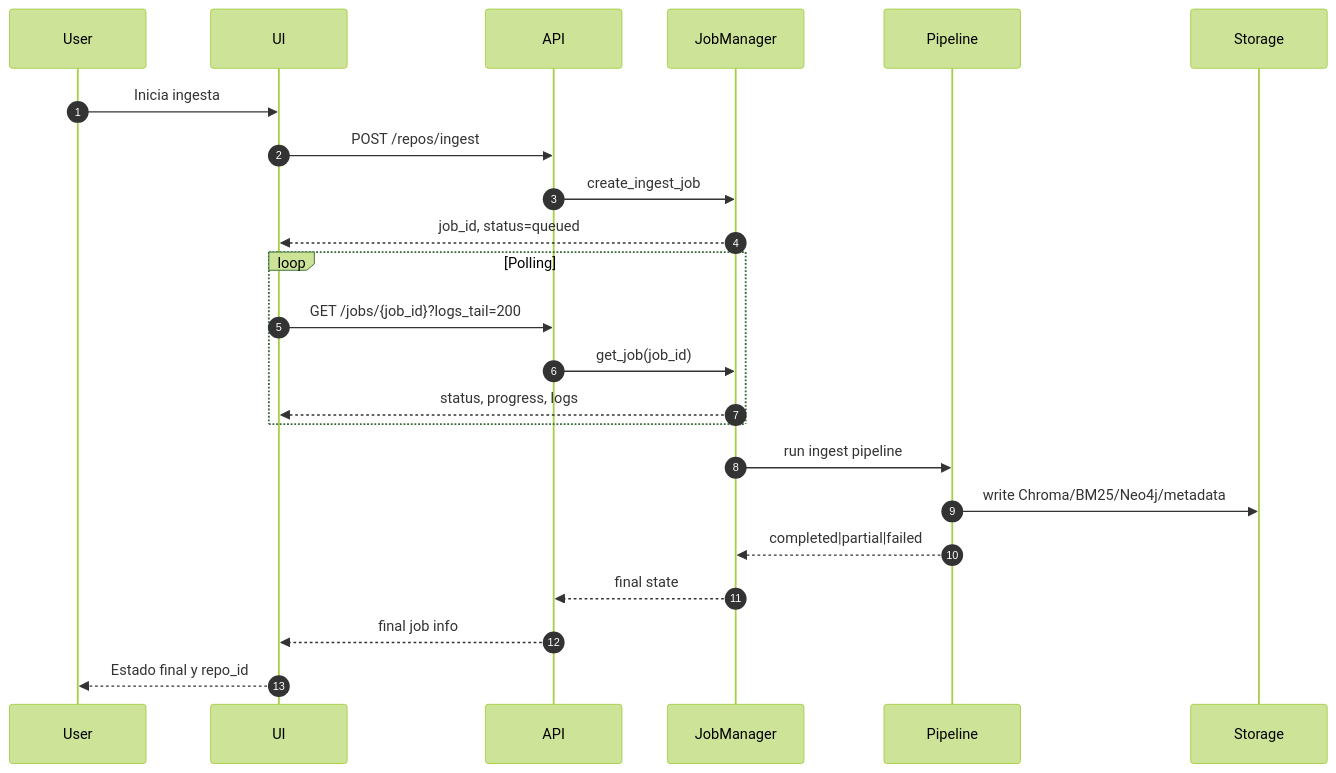
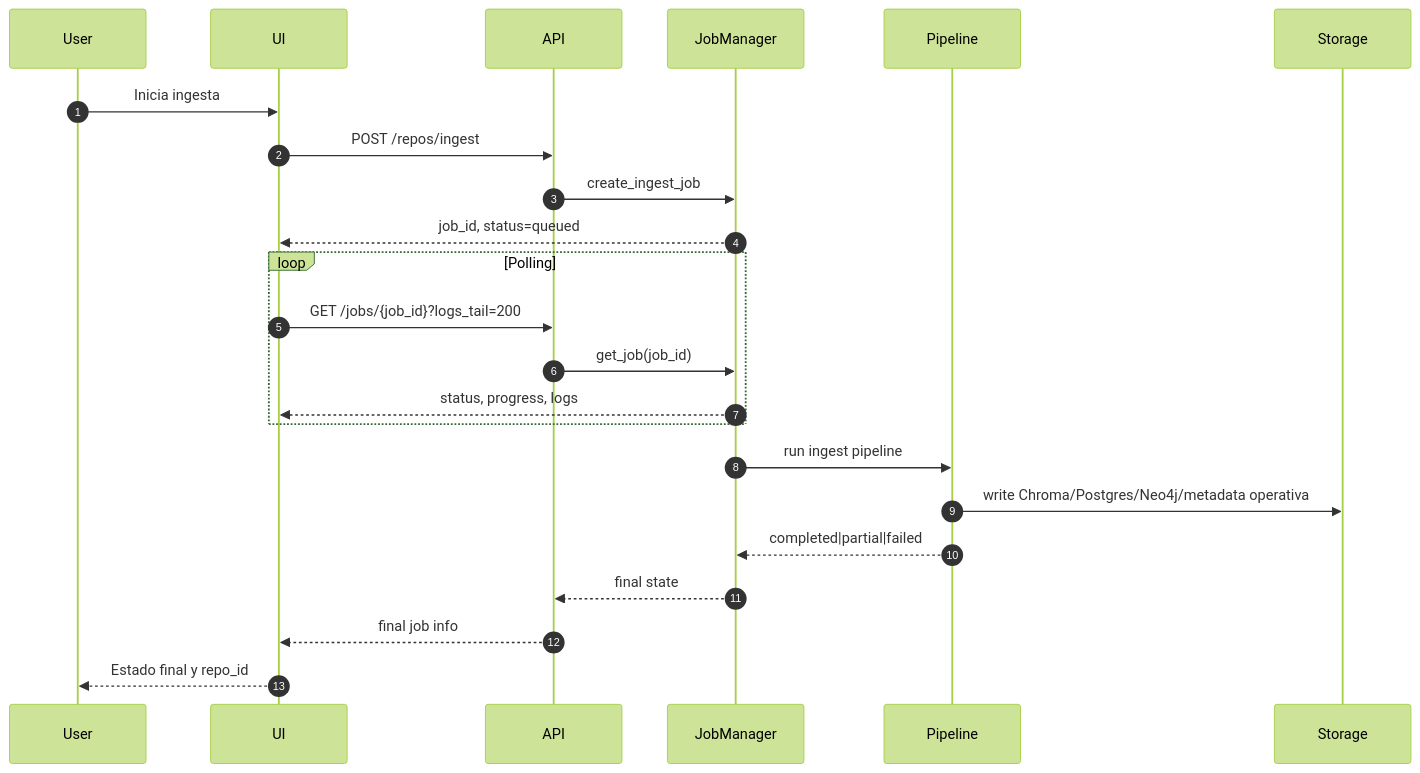
Before and after one commit to gherrerz/KDB-RAG-Repo: the sixth of 10 diagrams in docs/ARCHITECTURE.md, drawn with Mermaid (forest theme). The commit also changed other lines of this file and 11 other files, not shown here.

Commit message:
docs: align runtime architecture references

````diff
--- a/docs/ARCHITECTURE.md
+++ b/docs/ARCHITECTURE.md
@@ -199,28 +207,28 @@
 ```mermaid
 sequenceDiagram
     autonumber
     participant User
     participant UI
     participant API
     participant JobManager
     participant Pipeline
     participant Storage
 
     User->>UI: Inicia ingesta
     UI->>API: POST /repos/ingest
     API->>JobManager: create_ingest_job
     JobManager-->>UI: job_id, status=queued
 
     loop Polling
         UI->>API: GET /jobs/{job_id}?logs_tail=200
         API->>JobManager: get_job(job_id)
         JobManager-->>UI: status, progress, logs
     end
 
     JobManager->>Pipeline: run ingest pipeline
-    Pipeline->>Storage: write Chroma/BM25/Neo4j/metadata
+    Pipeline->>Storage: write Chroma/Postgres/Neo4j/metadata operativa
     Pipeline-->>JobManager: completed|partial|failed
     JobManager-->>API: final state
     API-->>UI: final job info
     UI-->>User: Estado final y repo_id
 ```
````
